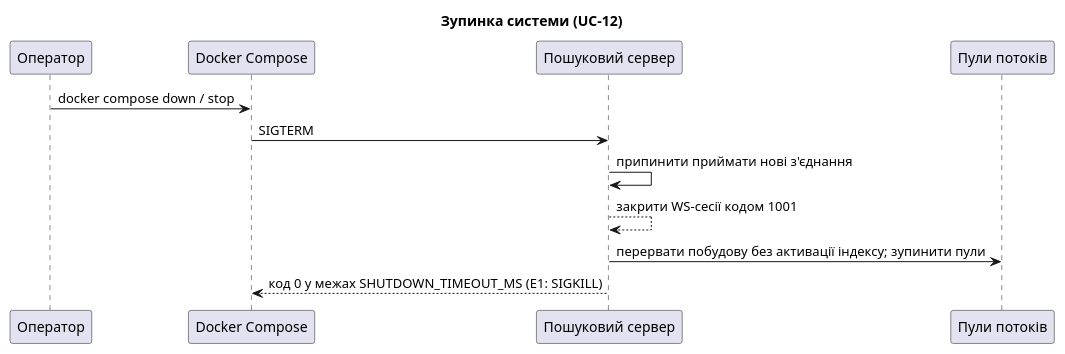
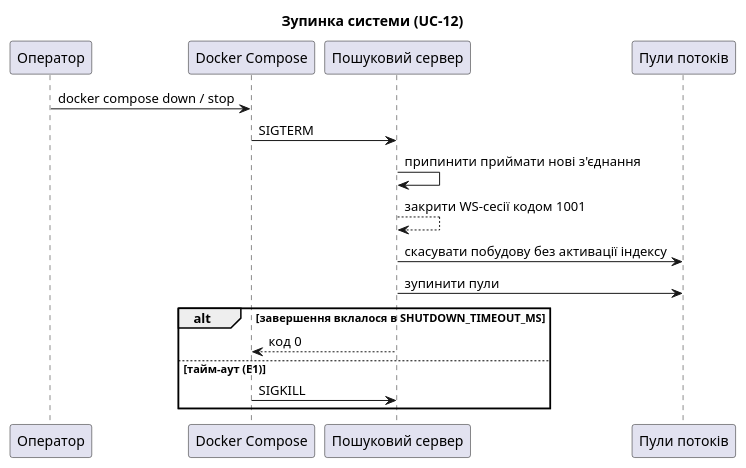
The diagram in docs/architecture/uml/sequence-uc12.puml (whatislavx/course_work_parallel_computing), drawn with PlantUML before and after one commit. The commit also changed 14 other files, not shown here.

First line of the commit message:
docs(architecture): fix sequence, class and use-case UML

```diff
--- a/docs/architecture/uml/sequence-uc12.puml
+++ b/docs/architecture/uml/sequence-uc12.puml
@@ -1,13 +1,18 @@
 @startuml sequence-uc12
 title Зупинка системи (UC-12)
 participant "Оператор" as OPS
 participant "Docker Compose" as Compose
 participant "Пошуковий сервер" as Srv
 participant "Пули потоків" as Pool
 OPS -> Compose : docker compose down / stop
 Compose -> Srv : SIGTERM
 Srv -> Srv : припинити приймати нові з'єднання
 Srv --> Srv : закрити WS-сесії кодом 1001
-Srv -> Pool : перервати побудову без активації індексу; зупинити пули
-Srv --> Compose : код 0 у межах SHUTDOWN_TIMEOUT_MS (E1: SIGKILL)
+Srv -> Pool : скасувати побудову без активації індексу
+Srv -> Pool : зупинити пули
+alt завершення вклалося в SHUTDOWN_TIMEOUT_MS
+  Srv --> Compose : код 0
+else тайм-аут (E1)
+  Compose -> Srv : SIGKILL
+end
 @enduml
```
